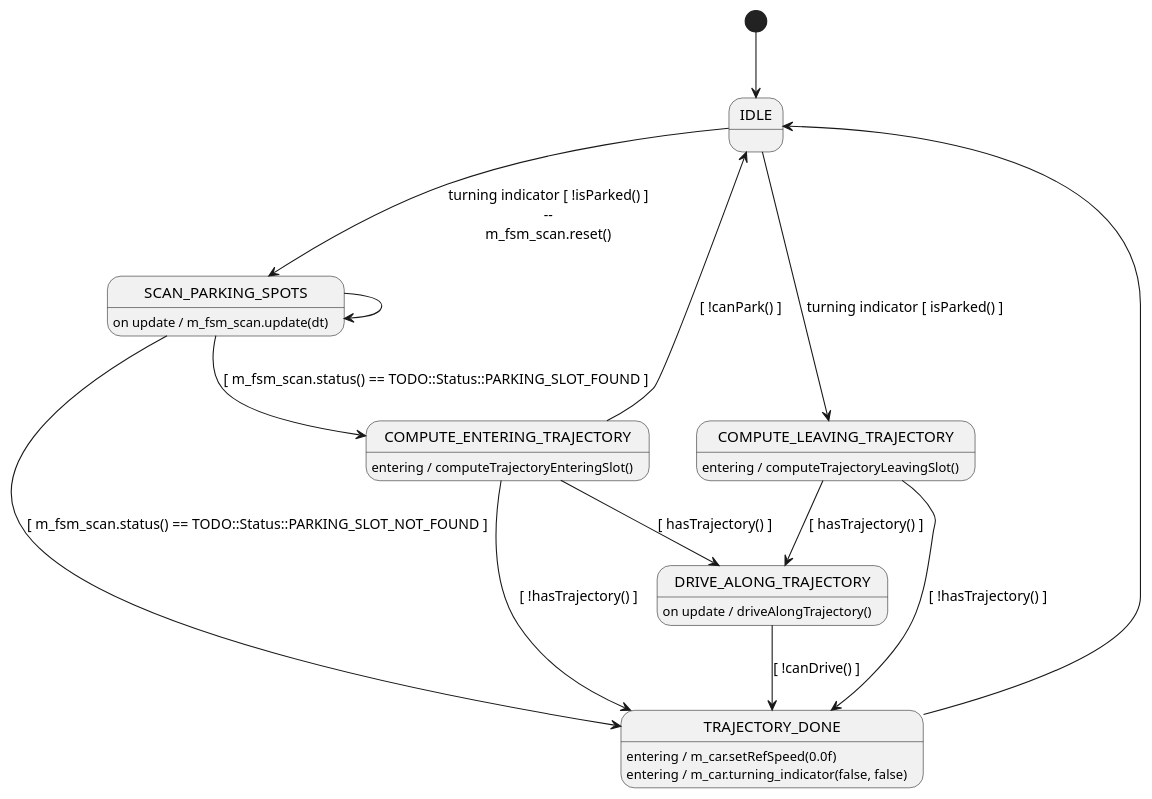
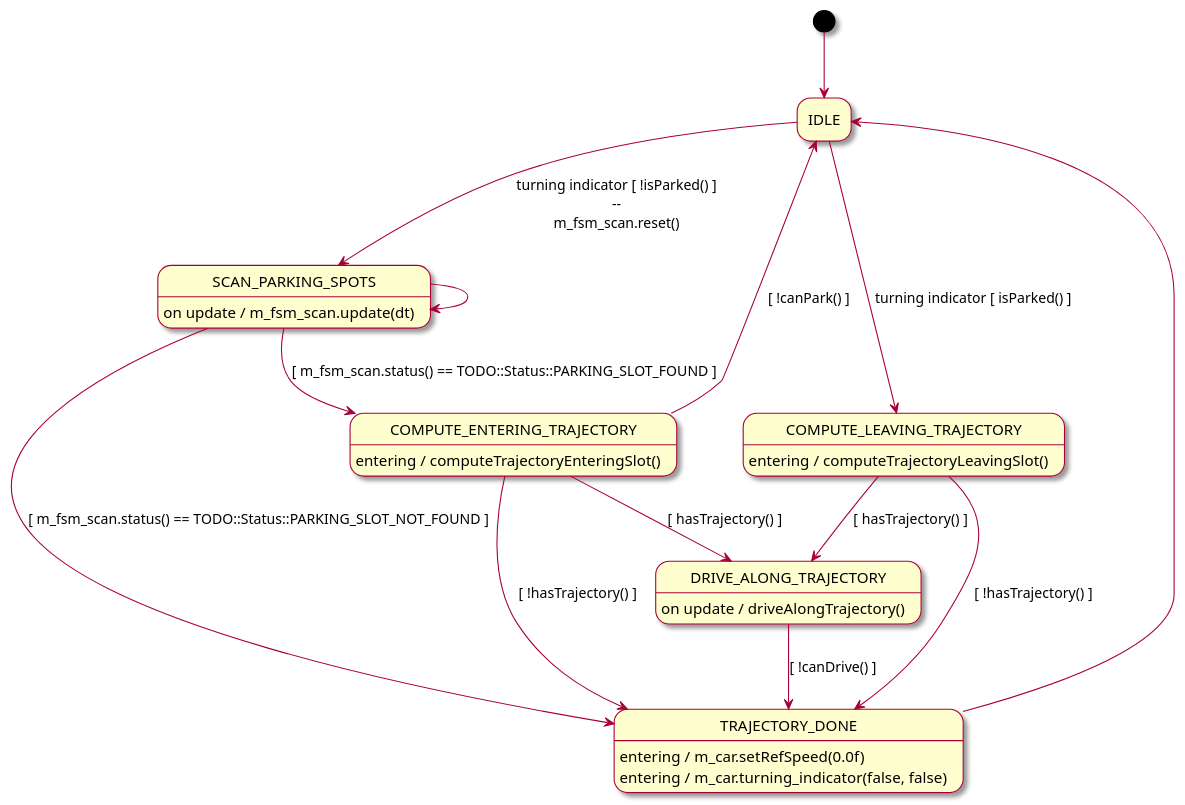
The diagram in examples/SelfParking.plantuml (Lecrapouille/PlantUMLStatecharts), drawn with PlantUML before and after one commit. The commit also changed 8 other files, not shown here.

```diff
--- a/examples/SelfParking.plantuml
+++ b/examples/SelfParking.plantuml
@@ -1,68 +1,68 @@
 @startuml
-' skin rose
-' hide empty description
+skin rose
+hide empty description
 
 [*] --> IDLE
 
 IDLE --> SCAN_PARKING_SPOTS : turning indicator [ !isParked() ]\n--\nm_fsm_scan.reset()
 IDLE --> COMPUTE_LEAVING_TRAJECTORY : turning indicator [ isParked() ]
 
 SCAN_PARKING_SPOTS --> COMPUTE_ENTERING_TRAJECTORY : [ m_fsm_scan.status() == TODO::Status::PARKING_SLOT_FOUND ]
 SCAN_PARKING_SPOTS --> TRAJECTORY_DONE : [ m_fsm_scan.status() == TODO::Status::PARKING_SLOT_NOT_FOUND ]
 SCAN_PARKING_SPOTS --> SCAN_PARKING_SPOTS
 ' : [ m_fsm_scan.status() == TODO::Status::PARKING_SEARCHING ]
 SCAN_PARKING_SPOTS : on update / m_fsm_scan.update(dt)
 
 COMPUTE_ENTERING_TRAJECTORY --> DRIVE_ALONG_TRAJECTORY: [ hasTrajectory() ]
 COMPUTE_ENTERING_TRAJECTORY --> IDLE: [ !canPark() ]
 COMPUTE_ENTERING_TRAJECTORY : entering / computeTrajectoryEnteringSlot()
 
 COMPUTE_LEAVING_TRAJECTORY --> TRAJECTORY_DONE : [ !hasTrajectory() ]
 COMPUTE_LEAVING_TRAJECTORY : entering / computeTrajectoryLeavingSlot()
 
 DRIVE_ALONG_TRAJECTORY --> TRAJECTORY_DONE : [ !canDrive() ]
 DRIVE_ALONG_TRAJECTORY : on update / driveAlongTrajectory()
 
 TRAJECTORY_DONE --> IDLE
 TRAJECTORY_DONE : entering / m_car.setRefSpeed(0.0f)
 TRAJECTORY_DONE : entering / m_car.turning_indicator(false, false)
 
 COMPUTE_ENTERING_TRAJECTORY --> TRAJECTORY_DONE : [ !hasTrajectory() ]
 
 COMPUTE_LEAVING_TRAJECTORY --> DRIVE_ALONG_TRAJECTORY: [ hasTrajectory() ]
 
 'header #  include "Vehicle/Vehicle.hpp"
 'code private:
-'code 
+'code
 'code     inline bool isParked() const
 'code     {
 'code         return false; // FIXME: not yet implemented
 'code     }
-'code 
+'code
 'code     inline bool hasTrajectory() const
 'code     {
 'code         return m_car.hasTrajectory();
 'code     }
-'code 
+'code
 'code     inline bool canDrive(float const dt) const
 'code     {
 'code         return m_car.updateTrajectory(dt);
 'code     }
-'code 
+'code
 'code     inline void computeTrajectoryEnteringSlot()
 'code     {
 'code         /*return */ m_car.park(m_parking, true);
 'code     }
-'code 
+'code
 'code     inline void computeTrajectoryLeavingSlot()
 'code     {
 'code         /*return */ m_car.park(m_parking, false);
 'code     }
-'code 
+'code
 'code private:
-'code 
+'code
 'code     SelfParkingCar& m_car;
 'code     Parking m_parking;
 'code     m_fsm_scan;
 
 @enduml
```
